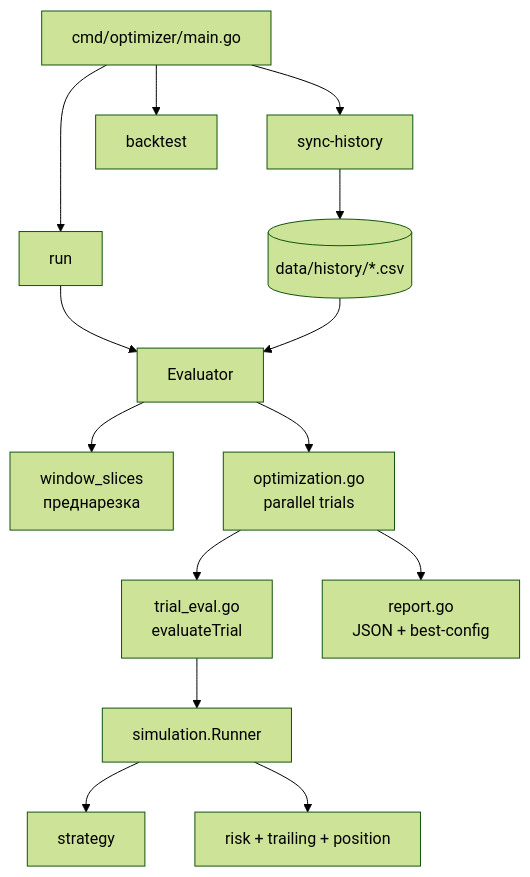
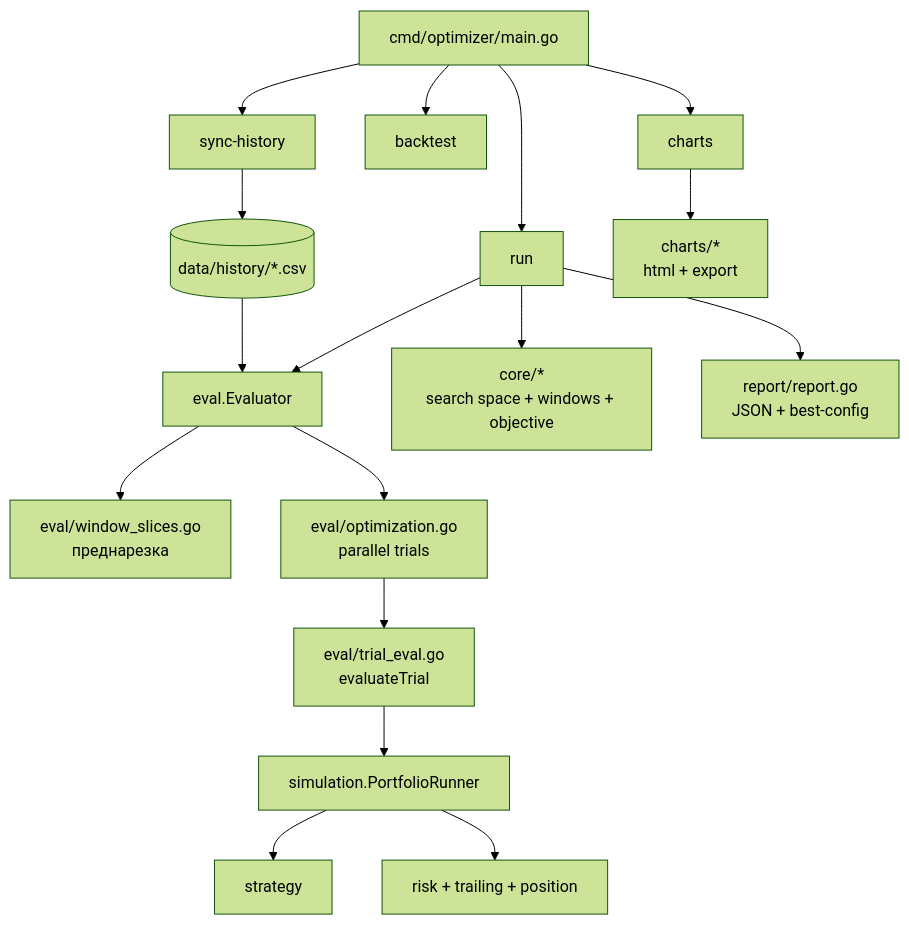
One commit to motokazmin/bcs-trading-bot changed the fifth of 5 diagrams in cmd/optimizer/README.md. Above: the diagram before and after it, drawn with Mermaid (forest theme). The commit also changed other lines of this file and 40 other files, not shown here.

First line of the commit message:
Разделить optimizer на подпакеты core/eval/report/charts/data.

````diff
--- a/cmd/optimizer/README.md
+++ b/cmd/optimizer/README.md
@@ -293,22 +293,25 @@
 ```mermaid
 flowchart TB
     CLI["cmd/optimizer/main.go"]
 
     CLI --> RUN["run"]
     CLI --> SYNC["sync-history"]
     CLI --> BT["backtest"]
+    CLI --> CH["charts"]
 
-    RUN --> E["Evaluator"]
+    RUN --> EV["eval.Evaluator"]
     SYNC --> CSV[("data/history/*.csv")]
-    CSV --> E
+    CSV --> EV
 
-    E --> SL["window_slices<br/>преднарезка"]
-    E --> OPT["optimization.go<br/>parallel trials"]
-    OPT --> TE["trial_eval.go<br/>evaluateTrial"]
+    RUN --> CORE["core/*<br/>search space + windows + objective"]
+    RUN --> REP["report/report.go<br/>JSON + best-config"]
+    CH --> CHP["charts/*<br/>html + export"]
 
-    TE --> SIM["simulation.Runner"]
+    EV --> SL["eval/window_slices.go<br/>преднарезка"]
+    EV --> OPT["eval/optimization.go<br/>parallel trials"]
+    OPT --> TE["eval/trial_eval.go<br/>evaluateTrial"]
+
+    TE --> SIM["simulation.PortfolioRunner"]
     SIM --> STR["strategy"]
     SIM --> RISK["risk + trailing + position"]
-
-    OPT --> REP["report.go<br/>JSON + best-config"]
 ```
````
